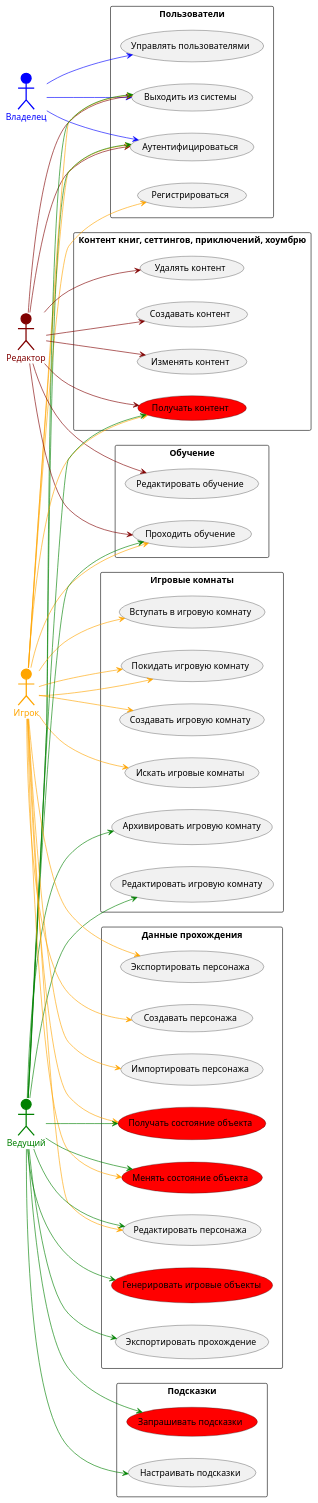
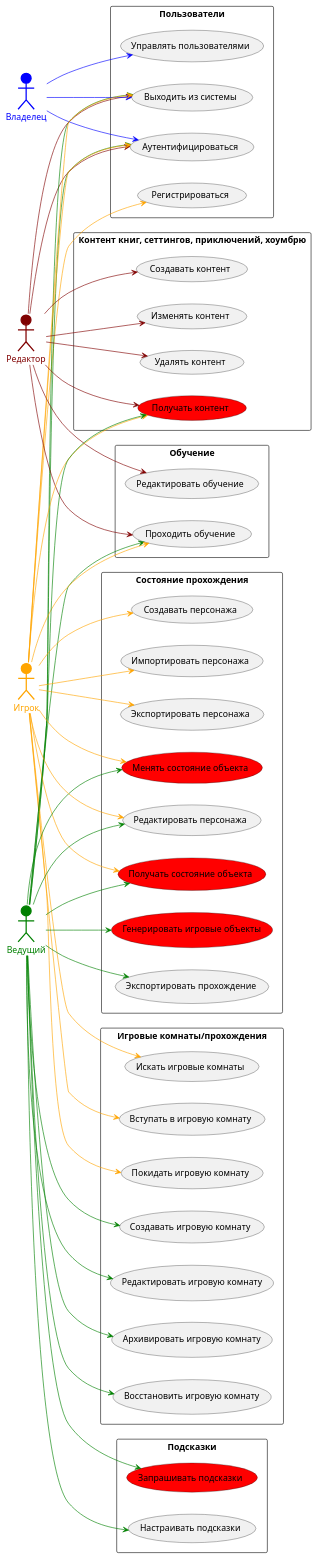
One commit to butakovmv/d20e_arch changed the diagram in chart/usecase/usecases.puml. Above: the diagram before and after it, drawn with PlantUML. The commit also changed 42 other files, not shown here.

Commit message:
Диаграммы последовательности

```diff
--- a/chart/usecase/usecases.puml
+++ b/chart/usecase/usecases.puml
@@ -1,100 +1,101 @@
 @startuml
 left to right direction
 
 actor "Владелец" as UO $UO #blue;line:blue;line.bold;text:blue
 actor "Редактор" as UE $UE #maroon;line:maroon;line.bold;text:maroon
 actor "Игрок" as UP $UP #orange;line:orange;line.bold;text:orange
 actor "Ведущий" as UD $UD #green;line:green;line.bold;text:green
 
 rectangle "Пользователи" as Users {
     usecase "Регистрироваться" as Register
+    UP --> Register #orange
     usecase "Аутентифицироваться" as Auth
+    UD --> Auth #green
+    UE --> Auth #maroon
+    UO --> Auth #blue
+    UP --> Auth #orange
     usecase "Управлять пользователями" as ManageUsers
+    UO --> ManageUsers #blue
     usecase "Выходить из системы" as Logout
-    UP --> Register #orange
-    UO --> Auth #blue
-    UE --> Auth #maroon
-    UP --> Auth #orange
-    UD --> Auth #green
-    UO --> ManageUsers #blue
+    UD --> Logout #green
+    UE --> Logout #maroon
     UO --> Logout #blue
-    UE --> Logout #maroon
     UP --> Logout #orange
-    UD --> Logout #green
 }
 
-rectangle "Игровые комнаты" as Rooms {
+rectangle "Игровые комнаты/прохождения" as Rooms {
     usecase "Создавать игровую комнату" as CreateRoom
+    UD --> CreateRoom #green
     usecase "Редактировать игровую комнату" as EditRoom
+    UD --> EditRoom #green
     usecase "Архивировать игровую комнату" as ArchiveRoom
+    UD --> ArchiveRoom #green
+    usecase "Восстановить игровую комнату" as RestoreRoom
+    UD --> RestoreRoom #green
     usecase "Искать игровые комнаты" as SearchRoom
+    UP --> SearchRoom #orange
     usecase "Вступать в игровую комнату" as JoinRoom
+    UP --> JoinRoom #orange
     usecase "Покидать игровую комнату" as LeaveRoom
-    UD --> EditRoom #green
-    UD --> ArchiveRoom #green
-    UP --> CreateRoom #orange
-    UP --> SearchRoom #orange
-    UP --> JoinRoom #orange
     UP --> LeaveRoom #orange
 }
 
 rectangle "Обучение" as Education {
     usecase "Проходить обучение" as Learn
+    UD --> Learn #green
+    UE --> Learn #maroon
+    UP --> Learn #orange
     usecase "Редактировать обучение" as EditLearn
-    UP --> LeaveRoom #orange
-    UE --> Learn #maroon
     UE --> EditLearn #maroon
-    UP --> Learn #orange
-    UD --> Learn #green
 }
 
 rectangle "Контент книг, сеттингов, приключений, хоумбрю" as Content {
     usecase "Получать контент" as ReadContent #red
-    usecase "Создавать контент" as CreateContent
-    usecase "Изменять контент" as EditContent
-    usecase "Удалять контент" as DeleteContent
-    UE --> CreateContent #maroon
-    UE --> EditContent #maroon
-    UE --> DeleteContent #maroon
     UE --> ReadContent #maroon
     UP --> ReadContent #orange
     UD --> ReadContent #green
+    usecase "Создавать контент" as CreateContent
+    UE --> CreateContent #maroon
+    usecase "Изменять контент" as EditContent
+    UE --> EditContent #maroon
+    usecase "Удалять контент" as DeleteContent
+    UE --> DeleteContent #maroon
 }
 
-rectangle "Данные прохождения" as Campaigns {
+rectangle "Состояние прохождения" as Campaigns {
     usecase "Получать состояние объекта" as GetState #red
+    UD --> GetState #green
+    UP --> GetState #orange
     usecase "Менять состояние объекта" as ChangeState #red
+    UD --> ChangeState #green
+    UP --> ChangeState #orange
     usecase "Генерировать игровые объекты" as Generate #red
+    UD --> Generate #green
     usecase "Создавать персонажа" as CreateChar
+    UP --> CreateChar #orange
     usecase "Редактировать персонажа" as EditChar
+    UP --> EditChar #orange
     usecase "Импортировать персонажа" as ImportChar
+    UP --> ImportChar #orange
     usecase "Экспортировать персонажа" as ExportChar
+    UD --> EditChar #green
+    UP --> ExportChar #orange
     usecase "Экспортировать прохождение" as ExportHistory
-    UP --> GetState #orange
-    UP --> ChangeState #orange
-    UP --> CreateChar #orange
-    UP --> EditChar #orange
-    UP --> ImportChar #orange
-    UP --> ExportChar #orange
-    UD --> Generate #green
-    UD --> GetState #green
-    UD --> ChangeState #green
-    UD --> EditChar #green
     UD --> ExportHistory #green
 }
 
 rectangle "Подсказки" as Hints {
     usecase "Запрашивать подсказки" as AskHint #red
+    UD --> AskHint #green
     usecase "Настраивать подсказки" as TuneHint
-    UD --> AskHint #green
     UD --> TuneHint #green
 }
 
 'remove Hints
 'remove Users
 'remove Education
 'remove Rooms
 'remove UO
 'remove UE
 remove @unlinked
 @enduml
```
